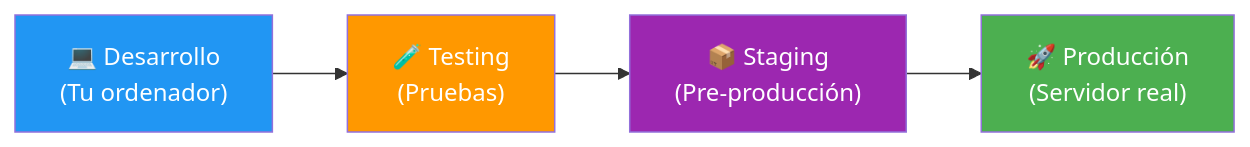
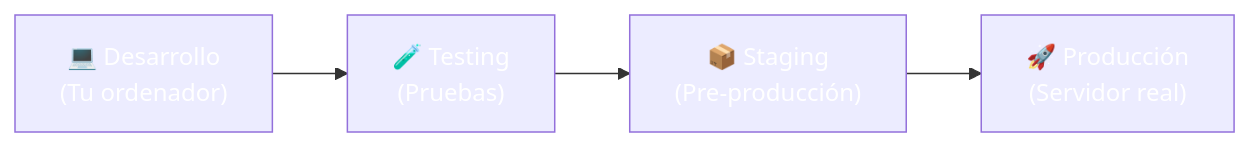
Before and after one commit to joseluisgs/DesarrolloWebEntornosServidor-01-2026-2027: the fourth of 4 diagrams in 01-introduccion-web.md, drawn with Mermaid. The commit also changed other lines of this file and 66 other files, not shown here.

First line of the commit message:
fix: normalizar titulos al castellano de frase y corregir la paleta de mermaid

````diff
--- a/01-introduccion-web.md
+++ b/01-introduccion-web.md
@@ -190,11 +190,11 @@
 ```mermaid
 graph LR
     A["💻 Desarrollo<br/>(Tu ordenador)"] --> B["🧪 Testing<br/>(Pruebas)"]
     B --> C["📦 Staging<br/>(Pre-producción)"]
     C --> D["🚀 Producción<br/>(Servidor real)"]
 
-    style A fill:#2196F3,color:#fff
-    style B fill:#FF9800,color:#fff
-    style C fill:#9C27B0,color:#fff
-    style D fill:#4CAF50,color:#fff
+    style A fill:#2196F,color:#fff3,color:#fff
+    style B fill:#FF980,color:#fff0,color:#fff
+    style C fill:#9C27B,color:#fff0,color:#fff
+    style D fill:#4CAF5,color:#fff0,color:#fff
 ```
````
